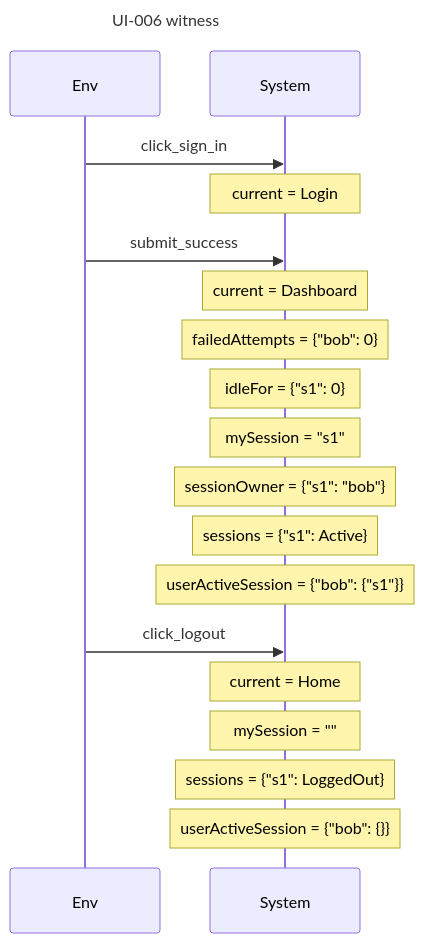
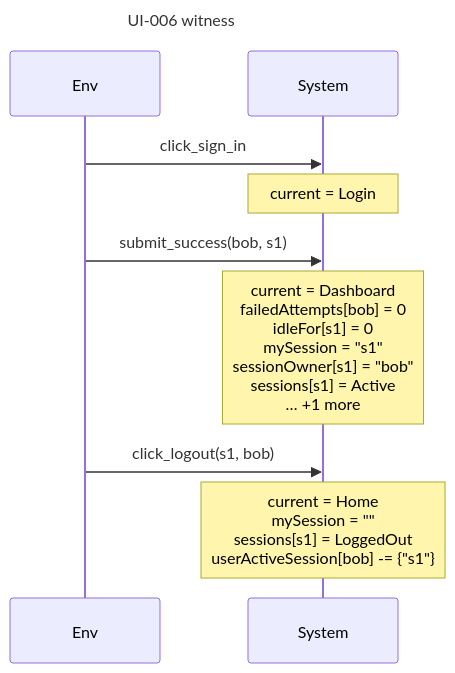
Before and after one commit to AlesKracik/quintessence: the eighth of 9 diagrams in examples/specs/auth-ui.readback.md, drawn with Mermaid. The commit also changed other lines of this file and 17 other files, not shown here.

````diff
--- a/examples/specs/auth-ui.readback.md
+++ b/examples/specs/auth-ui.readback.md
@@ -593,21 +592,12 @@
 ```mermaid
 sequenceDiagram
     title UI-006 witness
     participant E as Env
     participant S as System
     E->>S: click_sign_in
     Note over S: current = Login
-    E->>S: submit_success
-    Note over S: current = Dashboard
-    Note over S: failedAttempts = {"bob": 0}
-    Note over S: idleFor = {"s1": 0}
-    Note over S: mySession = "s1"
-    Note over S: sessionOwner = {"s1": "bob"}
-    Note over S: sessions = {"s1": Active}
-    Note over S: userActiveSession = {"bob": {"s1"}}
-    E->>S: click_logout
-    Note over S: current = Home
-    Note over S: mySession = ""
-    Note over S: sessions = {"s1": LoggedOut}
-    Note over S: userActiveSession = {"bob": {}}
+    E->>S: submit_success(bob, s1)
+    Note over S: current = Dashboard<br/>failedAttempts[bob] = 0<br/>idleFor[s1] = 0<br/>mySession = "s1"<br/>sessionOwner[s1] = "bob"<br/>sessions[s1] = Active<br/>… +1 more
+    E->>S: click_logout(s1, bob)
+    Note over S: current = Home<br/>mySession = ""<br/>sessions[s1] = LoggedOut<br/>userActiveSession[bob] -= {"s1"}
 ```
````
